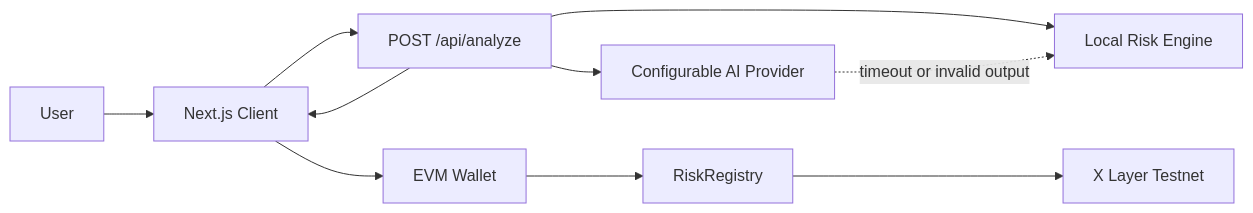
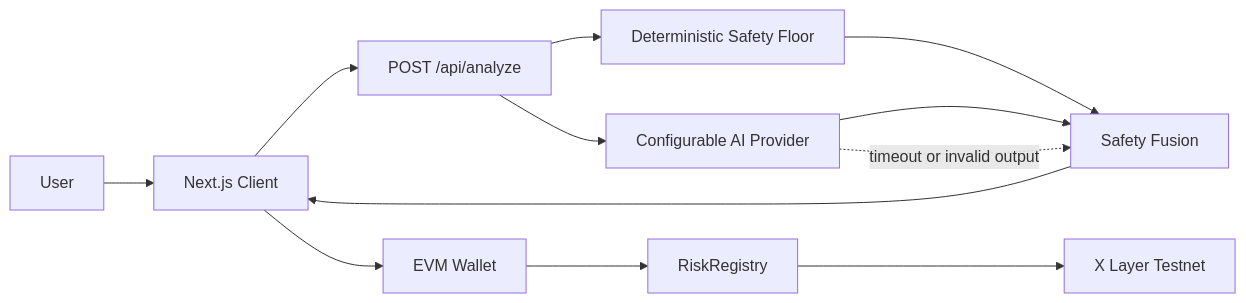
Before and after one commit to leafwithered/xguard-ai: the diagram in README.md, drawn with Mermaid. The commit also changed other lines of this file and 21 other files, not shown here.

````diff
--- a/README.md
+++ b/README.md
@@ -46,12 +53,14 @@
 ```mermaid
 flowchart LR
     U[User] --> UI[Next.js Client]
     UI --> API[POST /api/analyze]
-    API --> L[Local Risk Engine]
+    API --> L[Deterministic Safety Floor]
     API --> P[Configurable AI Provider]
-    P -. timeout or invalid output .-> L
-    API --> UI
+    L --> F[Safety Fusion]
+    P --> F
+    P -. timeout or invalid output .-> F
+    F --> UI
     UI --> W[EVM Wallet]
     W --> R[RiskRegistry]
     R --> X[X Layer Testnet]
 ```
````
